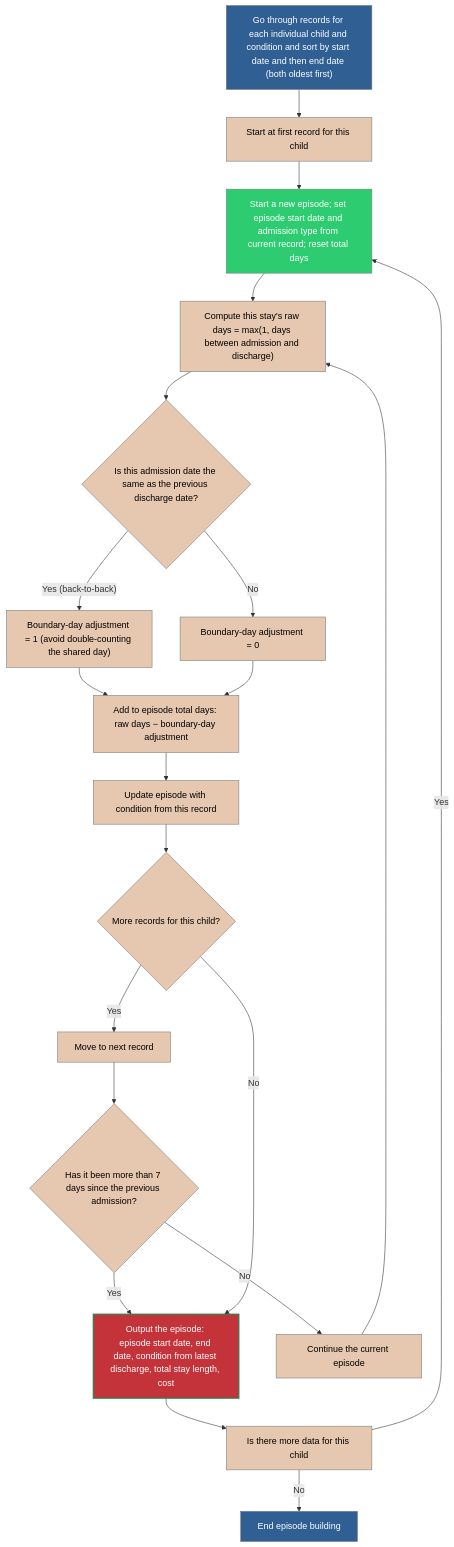
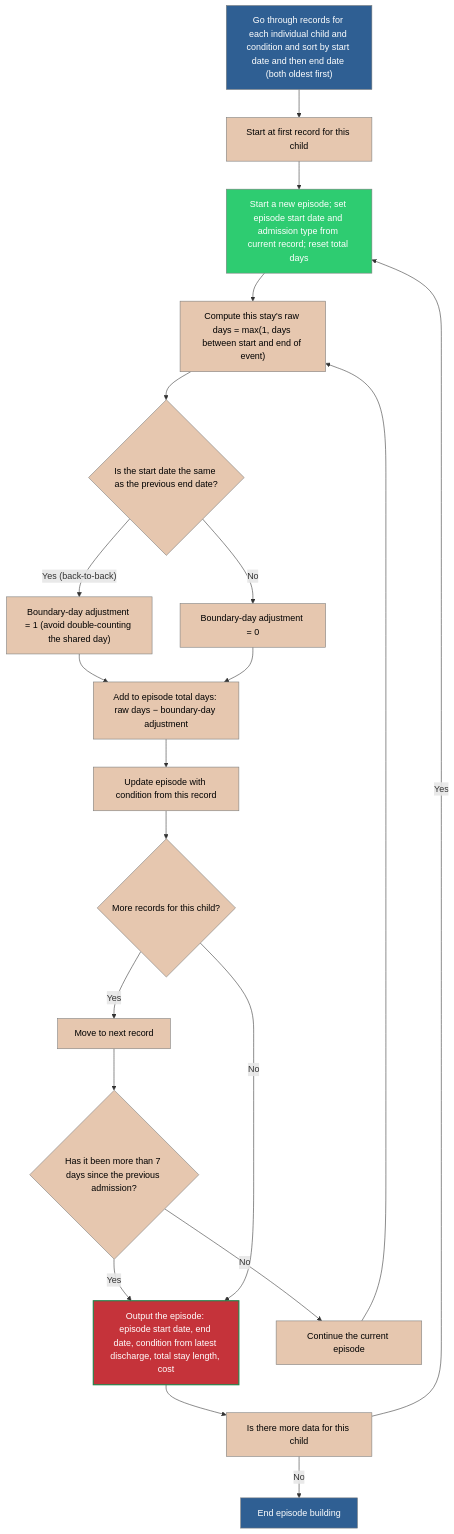
The diagram in ari_episodes.md (HomesHeatAndHealthyKids/DataLochAnalysis), drawn with Mermaid before and after one commit. The commit also changed other lines of this file, not shown here.

Commit message:
Fixed typos in episode builder

````diff
--- a/ari_episodes.md
+++ b/ari_episodes.md
@@ -41,46 +44,46 @@
 ```mermaid
 
 flowchart TD
 
   SMR_child_data["Go through records for each individual child and condition and sort by start date and then end date (both oldest first) "] --> C["Start at first record for this child"]
   C --> start_episode["Start a new episode; set episode start date and admission type from current record; reset total days"]
   E{"Has it been more than 7 days since the previous admission?"} -->|"Yes"| SMR_output_rec
   SMR_output_rec --> move_next["Is there more data for this child"]
   move_next --> |"Yes"| start_episode
   move_next --> |"No"| end_process["End episode building"]
 
   E -->|"No"| F["Continue the current episode"]
 
-  start_episode --> G["Compute this stay's raw days = max(1, days between admission and discharge)"]
+  start_episode --> G["Compute this stay's raw days = max(1, days between start and end of event)"]
   F --> G
   
-  G --> adm_check{"Is this admission date the same as the previous discharge date?"}
+  G --> adm_check{"Is the start date the same as the previous end date?"}
   adm_check -->|"Yes (back-to-back)"| bound_adj["Boundary-day adjustment = 1 (avoid double-counting the shared day)"]
   adm_check -->|"No"| no_bound_adj["Boundary-day adjustment = 0"]
   bound_adj --> H["Add to episode total days: raw days − boundary-day adjustment"]
   no_bound_adj --> H
 
 
 
   H --> J["Update episode with condition from this record"]
   
   J --> L{"More records for this child?"}
 
   L -->|"Yes"| M["Move to next record"]
   M --> E
   L -->|"No"| SMR_output_rec["Output the episode: episode start date, end date, condition from latest discharge, total stay length, cost"]
 
   %% =========================
   %% Styling
   %% =========================
   classDef record fill:	#C5333A,color: #ffffff,stroke: #1e8449,stroke-width:2px;
   classDef data fill: #2F5F93,color: #ffffff,stroke: #7b7d7d,stroke-width:1px;
   classDef node fill: #E6C7AF,color: #000000,stroke: #7b7d7d,stroke-width:1px;
   classDef new_data fill: #2ecc71,color: #ffffff,stroke: #7b7d7d,stroke-width:1px;
 
   class SMR_output_rec record
   class SMR_child_data,end_process data
   class C,D,E,F,G,H,J,K,L,M node
   class start_episode new_data
 
 ```
````
